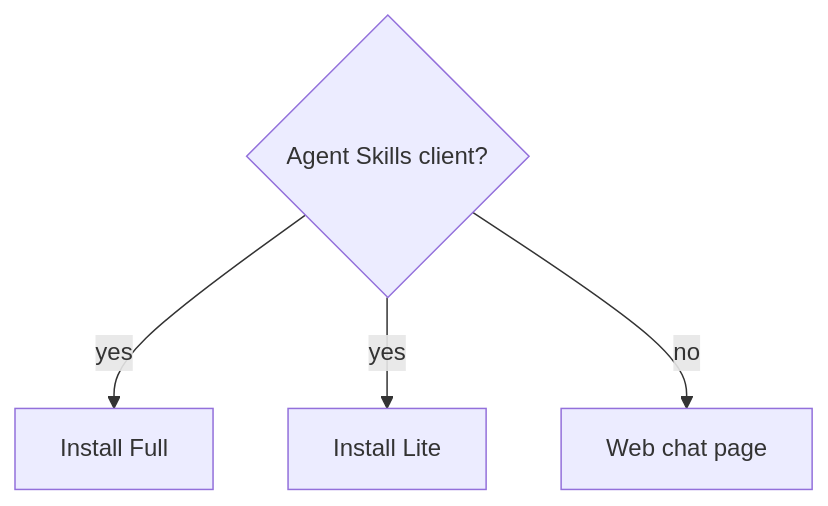
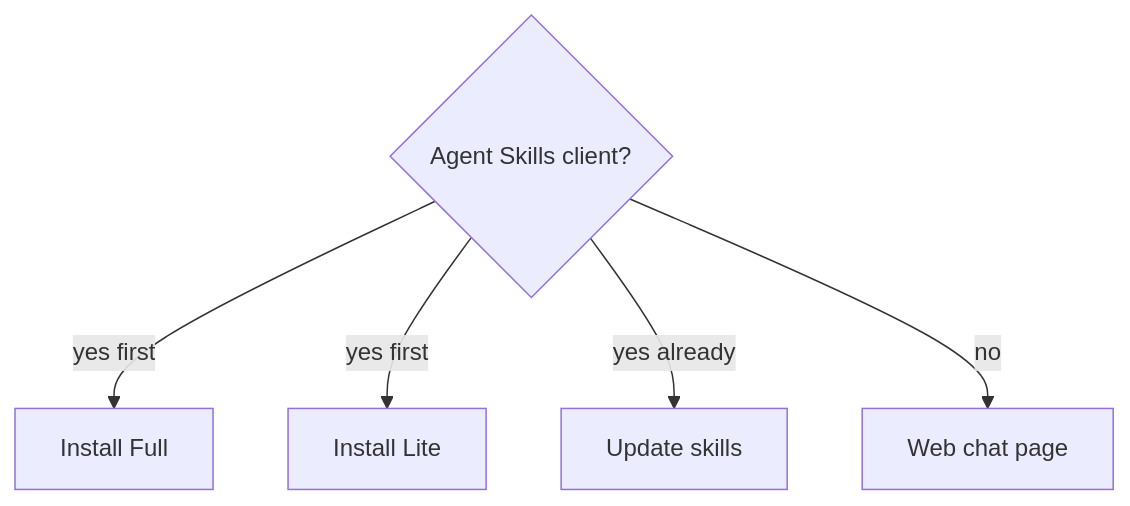
Before and after one commit to bladexp210/cv-agent-skills: the second of 2 diagrams in README.md, drawn with Mermaid. The commit also changed other lines of this file and 1 other file, not shown here.

Commit message:
Add update paste-prompt to refresh installed skills without touching career data.

````diff
--- a/README.md
+++ b/README.md
@@ -55,7 +55,8 @@
 ```mermaid
 flowchart TD
   q{Agent Skills client?}
-  q -->|yes| full[Install Full]
-  q -->|yes| lite[Install Lite]
+  q -->|yes first| full[Install Full]
+  q -->|yes first| lite[Install Lite]
+  q -->|yes already| upd[Update skills]
   q -->|no| web[Web chat page]
 ```
````
